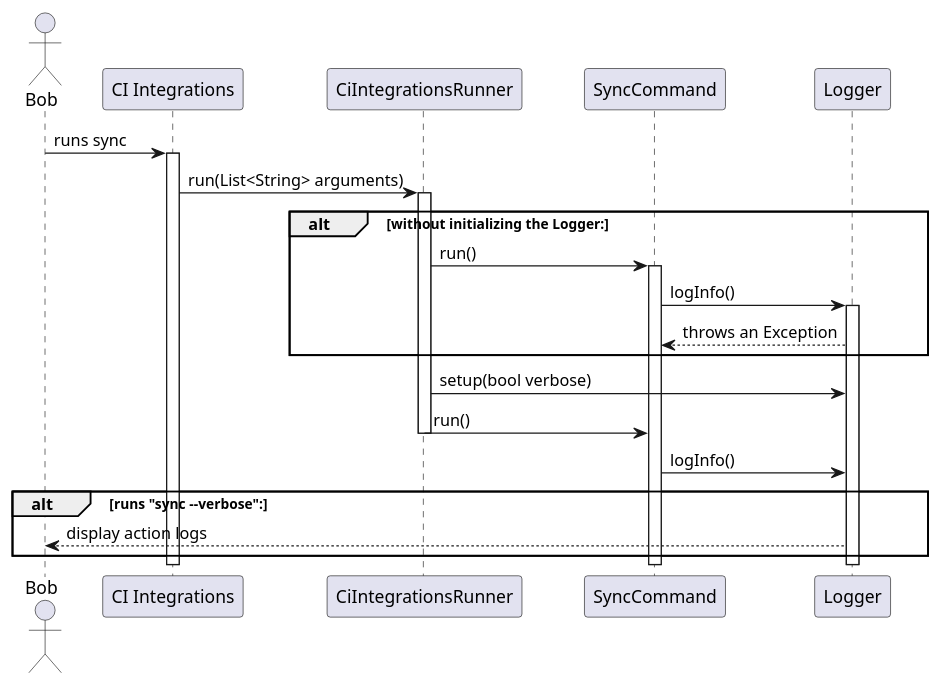
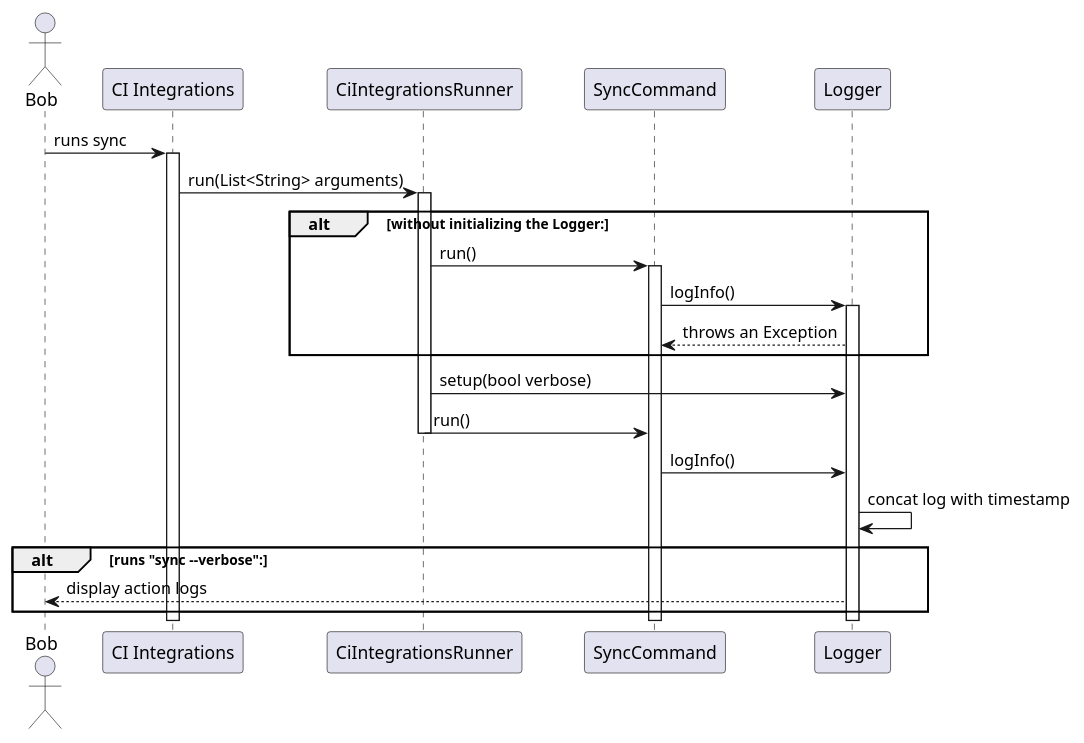
Before and after one commit to Flank/flank-dashboard: the diagram in metrics/ci_integrations/docs/diagrams/ci_integrations_verbose_mode_diagram.puml, drawn with PlantUML. The commit also changed 1 other file, not shown here.

Commit message:
Add timestamp mention in docs

```diff
--- a/metrics/ci_integrations/docs/diagrams/ci_integrations_verbose_mode_diagram.puml
+++ b/metrics/ci_integrations/docs/diagrams/ci_integrations_verbose_mode_diagram.puml
@@ -1,44 +1,46 @@
 @startuml ci_integrations_verbose_mode_diagram
 
 skinparam ParticipantPadding 20
 skinparam BoxPadding 10
 
 actor Bob
 
 participant "CI Integrations"
 participant CiIntegrationsRunner
 participant SyncCommand
 participant Logger
 
 Bob -> "CI Integrations" : runs sync
 activate "CI Integrations"
 
 "CI Integrations" -> CiIntegrationsRunner: run(List<String> arguments)
 activate CiIntegrationsRunner
 
 alt without initializing the Logger:
     CiIntegrationsRunner -> SyncCommand: run()
     activate SyncCommand
 
     SyncCommand -> Logger: logInfo()
     activate Logger
 
     Logger --> SyncCommand: throws an Exception
 end
 
 CiIntegrationsRunner -> Logger: setup(bool verbose)
 
 CiIntegrationsRunner -> SyncCommand: run()
 deactivate CiIntegrationsRunner
 
 SyncCommand -> Logger: logInfo()
 
+Logger -> Logger: concat log with timestamp
+
 alt runs "sync --verbose":
     Logger --> Bob: display action logs
 end
 
 deactivate "CI Integrations"
 deactivate SyncCommand
 deactivate Logger
 
 @enduml
```
